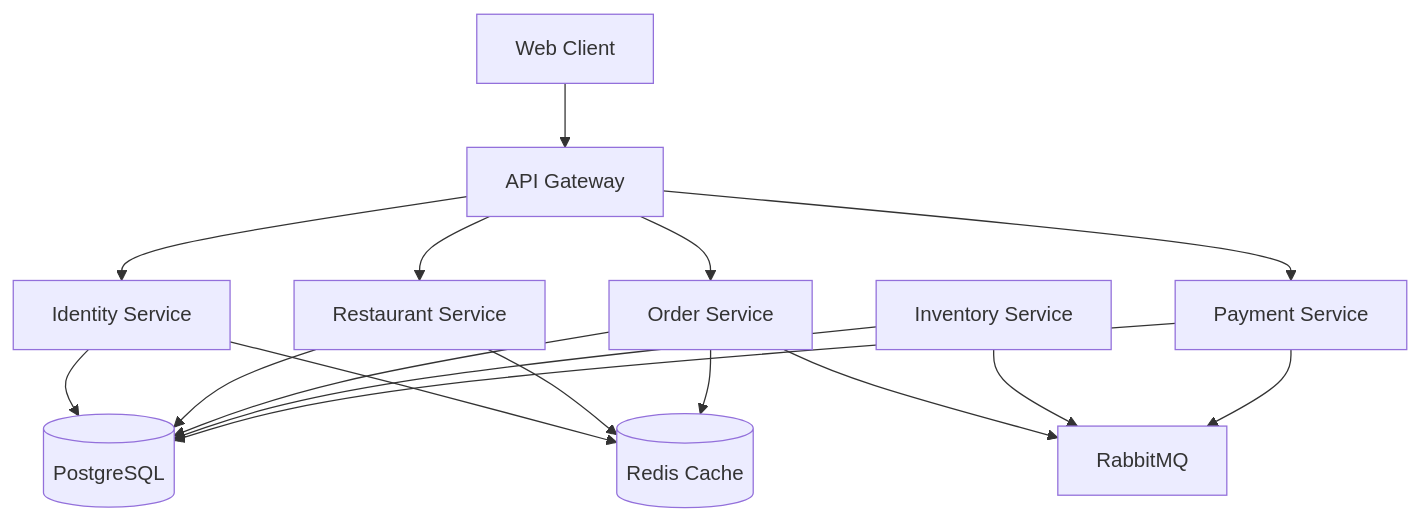
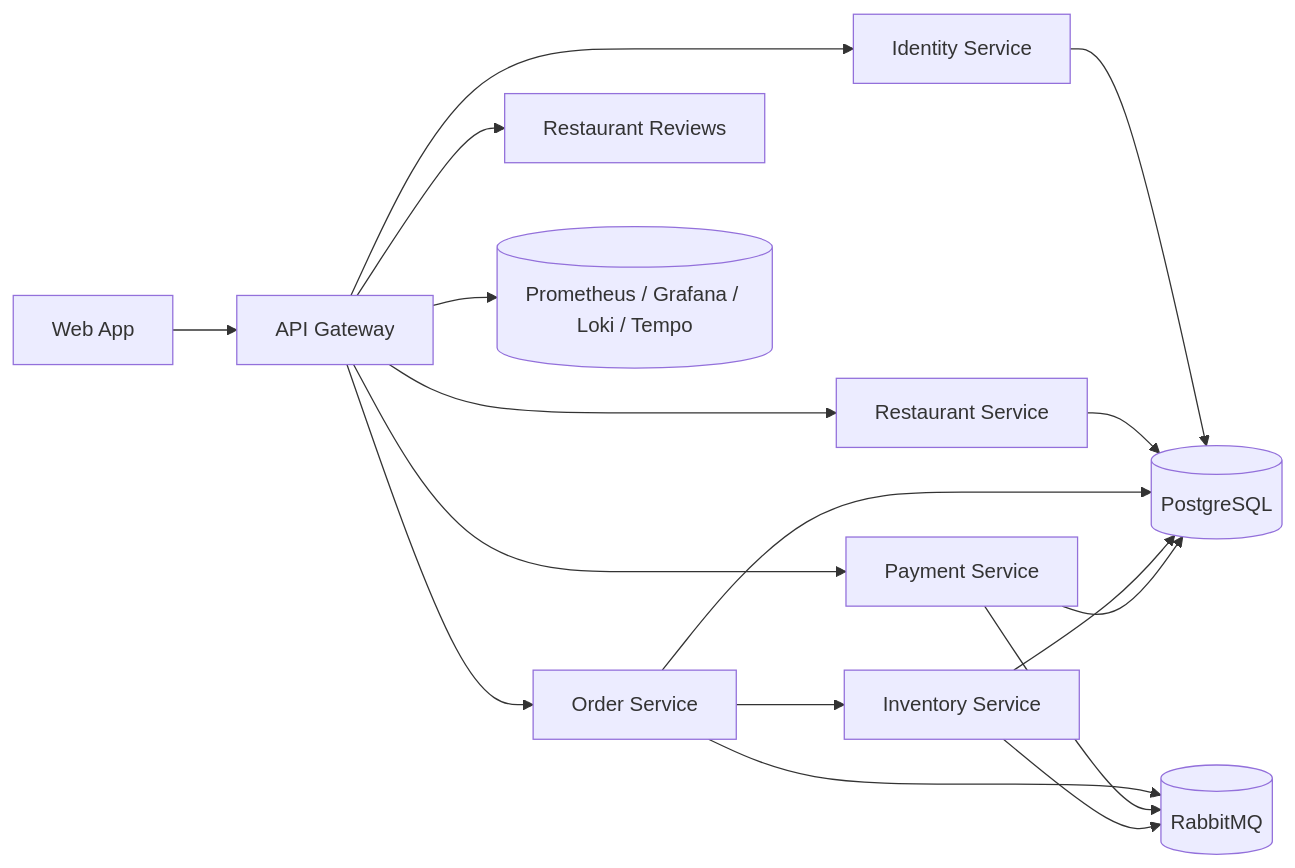
Before and after one commit to Duc1445/FoodieGo: the diagram in README.md, drawn with Mermaid. The commit also changed other lines of this file and 26 other files, not shown here.

Commit message:
docs: update project docs, add docx exports and initial schema migration

````diff
--- a/README.md
+++ b/README.md
@@ -15,22 +26,19 @@
 ```mermaid
-graph TD
-    Client[Web Client] --> Gateway[API Gateway]
-    Gateway --> Identity[Identity Service]
-    Gateway --> Restaurant[Restaurant Service]
-    Gateway --> Order[Order Service]
-    Gateway --> Payment[Payment Service]
-    
-    Order --> RabbitMQ[RabbitMQ]
-    Inventory[Inventory Service] --> RabbitMQ
-    Payment --> RabbitMQ
-    
-    Identity --> DB[(PostgreSQL)]
-    Restaurant --> DB
-    Order --> DB
-    Inventory --> DB
-    Payment --> DB
-    
-    Identity --> Redis[(Redis Cache)]
-    Restaurant --> Redis
-    Order --> Redis
+flowchart LR
+  Browser[Web App] --> Gateway[API Gateway]
+  Gateway --> Identity[Identity Service]
+  Gateway --> Restaurant[Restaurant Service]
+  Gateway --> Order[Order Service]
+  Gateway --> Payment[Payment Service]
+  Gateway --> Reviews[Restaurant Reviews]
+  Order --> Inventory[Inventory Service]
+  Order --> Rabbit[(RabbitMQ)]
+  Payment --> Rabbit
+  Inventory --> Rabbit
+  Identity --> Postgres[(PostgreSQL)]
+  Restaurant --> Postgres
+  Order --> Postgres
+  Inventory --> Postgres
+  Payment --> Postgres
+  Gateway --> Metrics[(Prometheus / Grafana / Loki / Tempo)]
 ```
````
